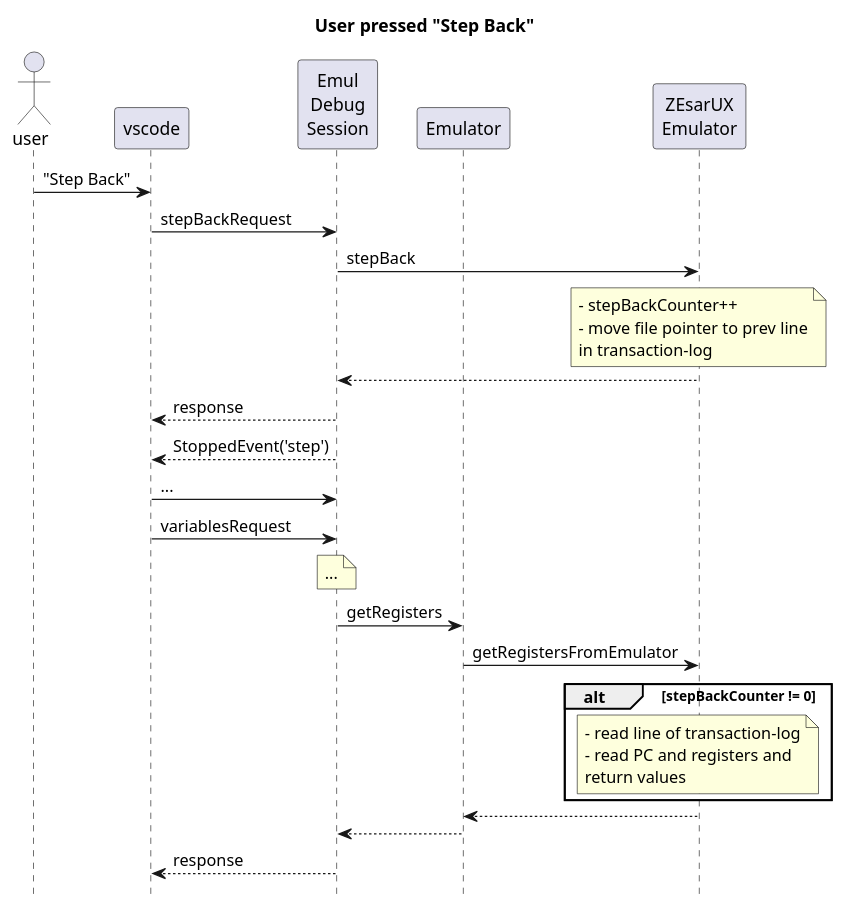
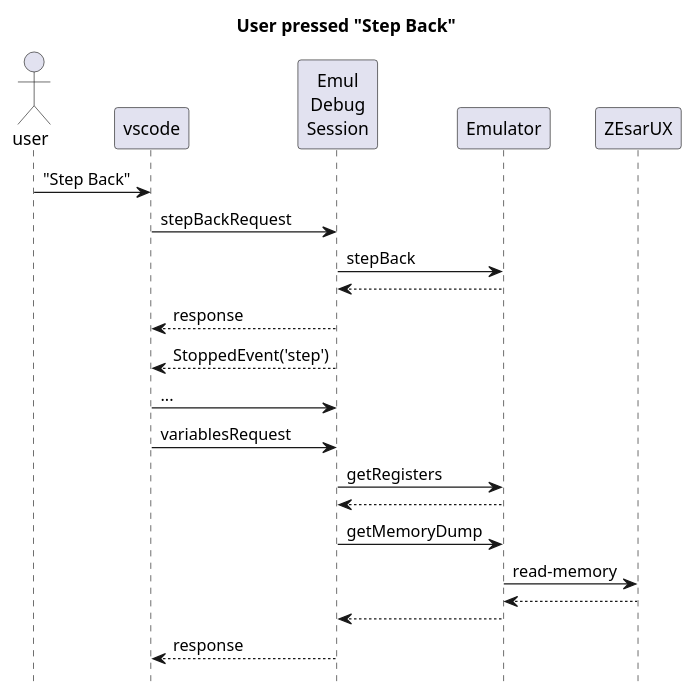
One commit to maziac/DeZog changed the diagram in design/reversedebugging.md. Above: the diagram before and after it, drawn with PlantUML. The commit also changed other lines of this file and 3 other files, not shown here.

````diff
--- a/design/reversedebugging.md
+++ b/design/reversedebugging.md
@@ -42,40 +35,32 @@
 ```puml
 hide footbox
 title User pressed "Step Back"
 actor user
 participant vscode
 participant "Emul\nDebug\nSession" as session
 participant "Emulator" as emul
-participant "ZEsarUX\nEmulator" as zemul
+participant "ZEsarUX" as zesarux
 
 user -> vscode: "Step Back"
 vscode -> session: stepBackRequest
 
-session -> zemul: stepBack
-
-note over zemul: - stepBackCounter++\n- move file pointer to prev line\nin transaction-log
-
-session <-- zemul
+session -> emul: stepBack
+session <-- emul
 
 vscode <-- session: response
 vscode <-- session: StoppedEvent('step')
 
 vscode -> session: ...
 
 vscode -> session: variablesRequest
-note over session: ...
+
 session -> emul: getRegisters
+session <-- emul
 
-emul -> zemul: getRegistersFromEmulator
-
-alt stepBackCounter != 0
-note over zemul: - read line of transaction-log\n- read PC and registers and \nreturn values
-end
-
-emul <-- zemul
+session -> emul: getMemoryDump
+emul -> zesarux: read-memory
+emul <-- zesarux
 session <-- emul
 
 vscode <-- session: response
-
-
 ```
````
